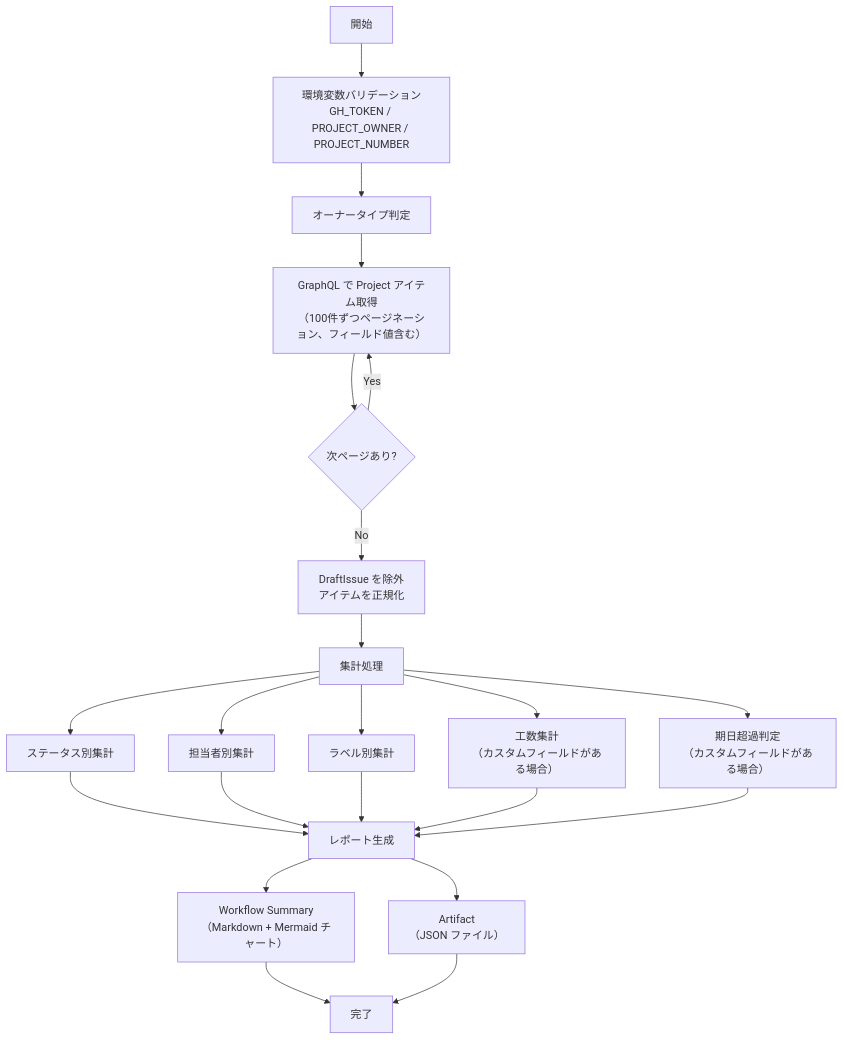
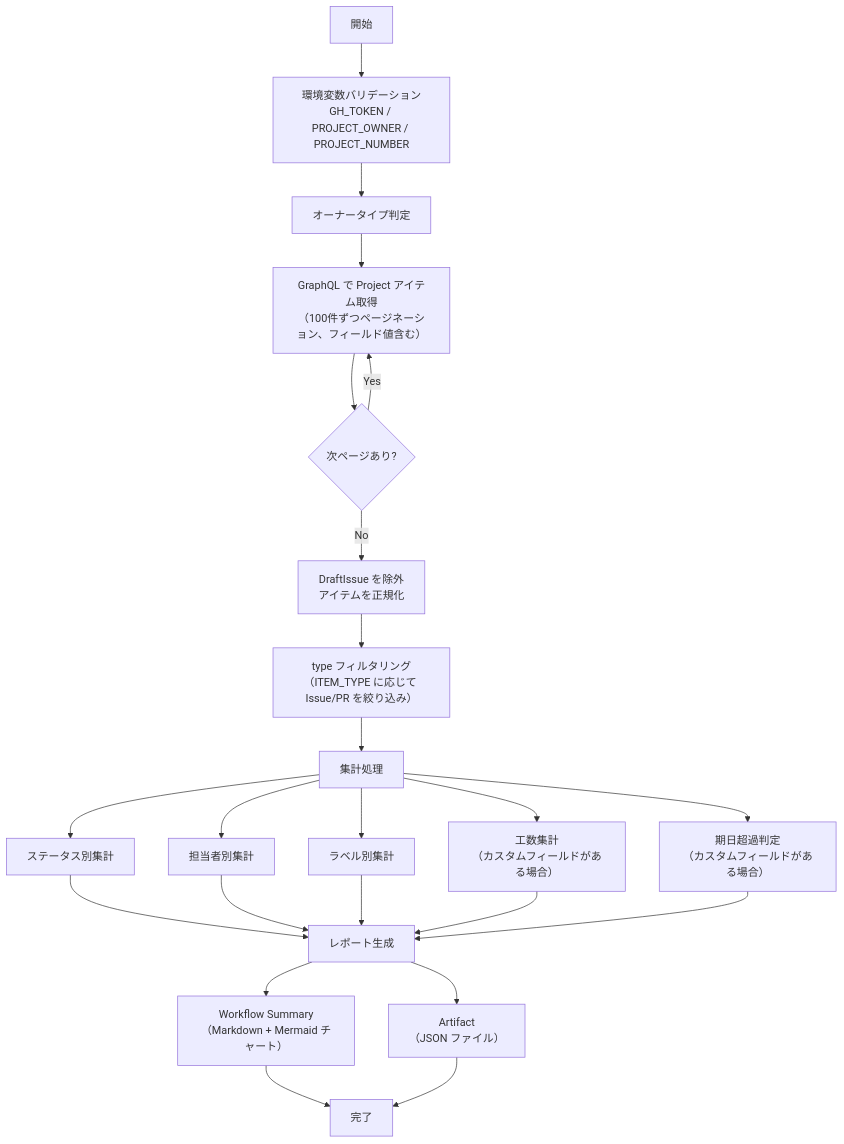
Before and after one commit to lurest-inc/github-projects-ops-kit: the diagram in docs/scripts/generate-summary-report.md, drawn with Mermaid. The commit also changed other lines of this file and 7 other files, not shown here.

First line of the commit message:
feat: ワークフロー⑩に item_type フィルタを追加（#248）

````diff
--- a/docs/scripts/generate-summary-report.md
+++ b/docs/scripts/generate-summary-report.md
@@ -39,20 +40,21 @@
 ```mermaid
 flowchart TD
     A["開始"] --> B["環境変数バリデーション\nGH_TOKEN / PROJECT_OWNER / PROJECT_NUMBER"]
     B --> C["オーナータイプ判定"]
     C --> D["GraphQL で Project アイテム取得\n（100件ずつページネーション、フィールド値含む）"]
     D --> E{"次ページあり?"}
     E -- "Yes" --> D
     E -- "No" --> F["DraftIssue を除外\nアイテムを正規化"]
 
-    F --> G["集計処理"]
+    F --> F2["type フィルタリング\n（ITEM_TYPE に応じて Issue/PR を絞り込み）"]
+    F2 --> G["集計処理"]
     G --> G1["ステータス別集計"]
     G --> G2["担当者別集計"]
     G --> G3["ラベル別集計"]
     G --> G4["工数集計\n（カスタムフィールドがある場合）"]
     G --> G5["期日超過判定\n（カスタムフィールドがある場合）"]
     G1 & G2 & G3 & G4 & G5 --> H["レポート生成"]
     H --> I["Workflow Summary\n（Markdown + Mermaid チャート）"]
     H --> J["Artifact\n（JSON ファイル）"]
     I & J --> K["完了"]
 ```
````
